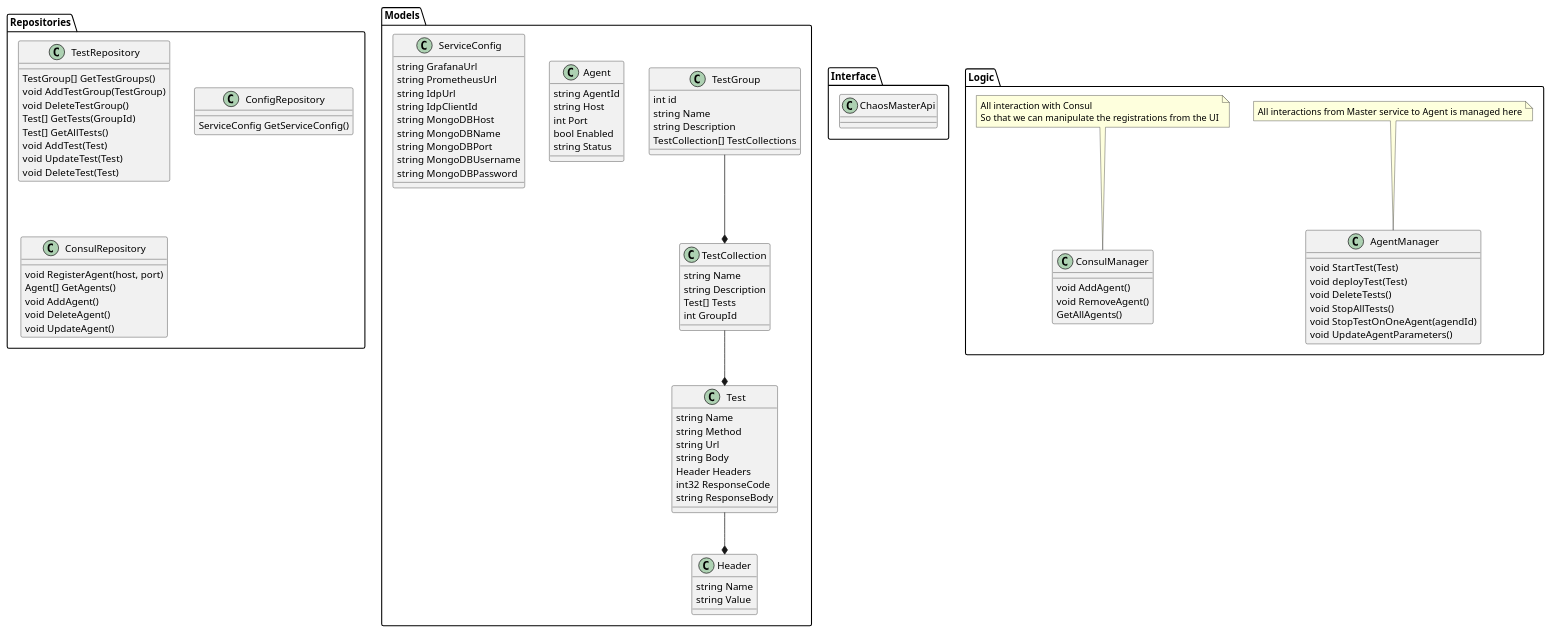
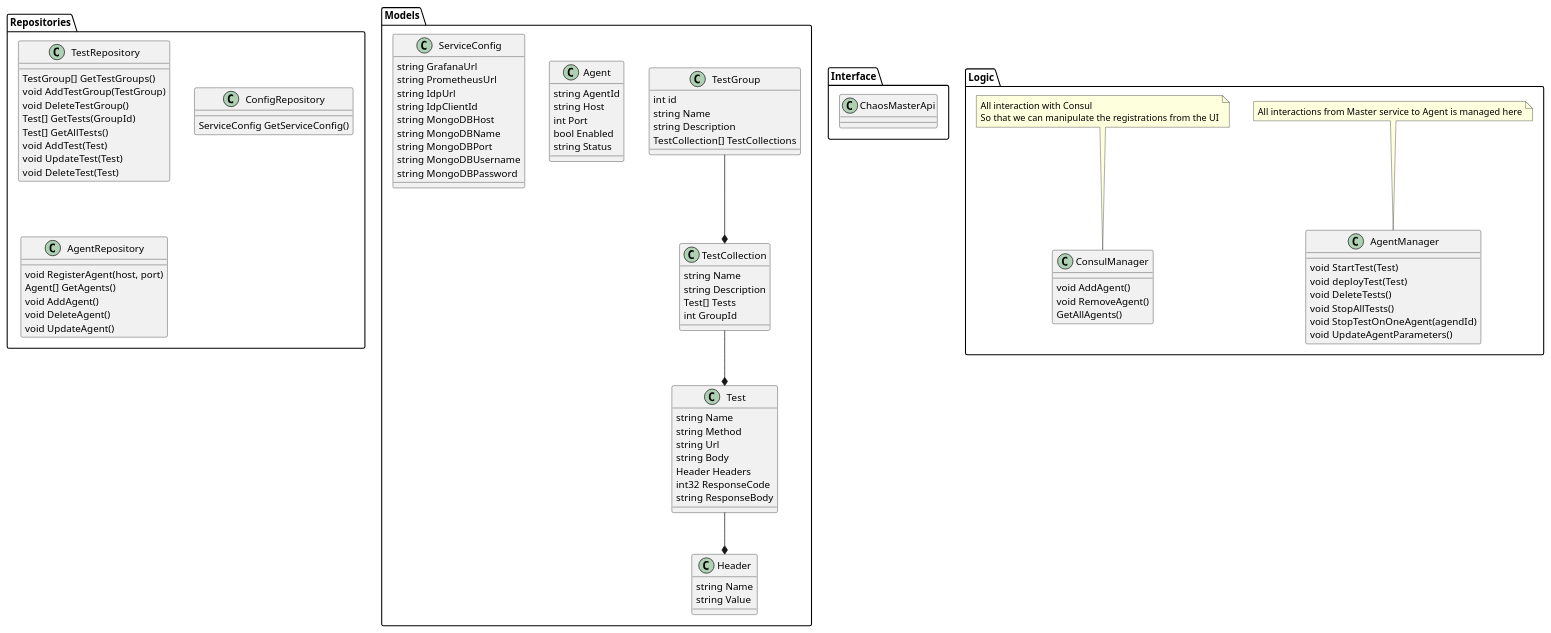
One commit to Mallekoppie/ChaosAgent changed the diagram in Design/master-classes.wsd. Above: the diagram before and after it, drawn with PlantUML. The commit also changed 11 other files, not shown here.

```diff
--- a/Design/master-classes.wsd
+++ b/Design/master-classes.wsd
@@ -1,127 +1,127 @@
 @startuml
 
 package Models {
     class TestGroup {
         int id
         string Name
         string Description
         TestCollection[] TestCollections
     }
 
     class Header {
         string Name
         string Value
     }
 
     class "Test"  {
         string Name
         string Method
         string Url
         string Body
         Header Headers
         int32 ResponseCode
         string ResponseBody
         
     }
 
     Test --* Header
 
     class TestCollection {
         string Name
         string Description
         Test[] Tests
         int GroupId
     }
 
     TestCollection --* Test
 
     TestGroup --* TestCollection
 
     class Agent {
         string AgentId
         string Host
         int Port
         bool Enabled
         string Status
     }
 
     class ServiceConfig {
         string GrafanaUrl
         string PrometheusUrl
         string IdpUrl
         string IdpClientId
         string MongoDBHost
         string MongoDBName
         string MongoDBPort
         string MongoDBUsername
         string MongoDBPassword
     }
 
 
 }
 
 package Repositories {
     class TestRepository {
         TestGroup[] GetTestGroups()
         void AddTestGroup(TestGroup)
         void DeleteTestGroup()
         Test[] GetTests(GroupId)
         Test[] GetAllTests()
         void AddTest(Test)
         void UpdateTest(Test)
         void DeleteTest(Test)
     }
 
     class ConfigRepository {        
         ServiceConfig GetServiceConfig()
     }
 
-    class ConsulRepository {
+    class AgentRepository {
         void RegisterAgent(host, port)
         Agent[] GetAgents()
         void AddAgent()
         void DeleteAgent()
         void UpdateAgent()
     }
 }
 
 package Interface {
     class ChaosMasterApi {
 
     }
 }
 
 package Logic {
     class AgentManager {
         void StartTest(Test)
         void deployTest(Test)
         void DeleteTests()
         void StopAllTests()
         void StopTestOnOneAgent(agendId)
         void UpdateAgentParameters()
 
     }
 
     note as NAgentManager
         All interactions from Master service to Agent is managed here
     end note
 
     NAgentManager .. AgentManager
 
     class ConsulManager {
         void AddAgent()
         void RemoveAgent()
         GetAllAgents()
     }
 
     note as NConsul
         All interaction with Consul
         So that we can manipulate the registrations from the UI
     end note 
 
     NConsul .. ConsulManager
 }
 
 
 
 @enduml
```
